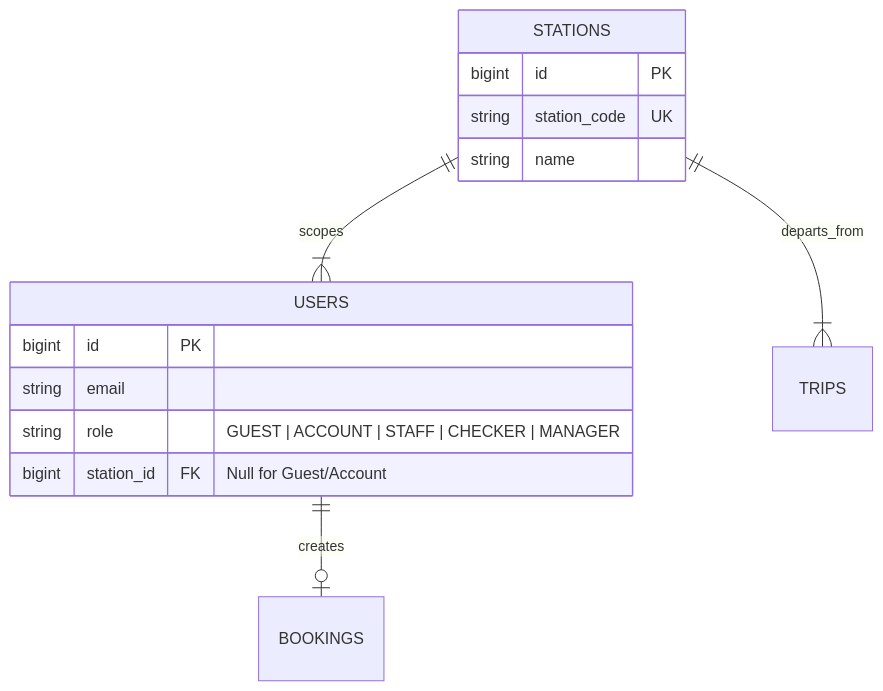
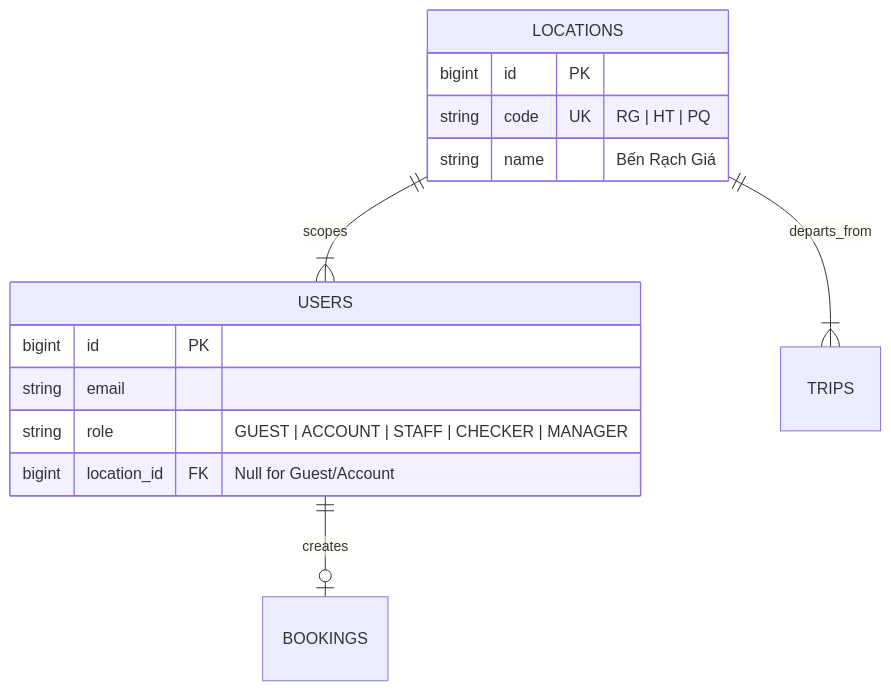
The second of 2 diagrams in content/docs/chuong-00-tong-quan-nghiep-vu-kien-truc/02-strategic-domain-va-bounded-contexts.mdx (tomone2kd000-ux/superdong-booking-system), drawn with Mermaid before and after one commit. The commit also changed other lines of this file and 1 other file, not shown here.

Commit message:
fix: replace STATIONS/station_id with official ERD table LOCATIONS/location_id

````diff
--- a/content/docs/chuong-00-tong-quan-nghiep-vu-kien-truc/02-strategic-domain-va-bounded-contexts.mdx
+++ b/content/docs/chuong-00-tong-quan-nghiep-vu-kien-truc/02-strategic-domain-va-bounded-contexts.mdx
@@ -87,19 +87,19 @@
 ```mermaid
 erDiagram
     USERS ||--o| BOOKINGS : creates
-    STATIONS ||--|{ USERS : scopes
-    STATIONS ||--|{ TRIPS : departs_from
+    LOCATIONS ||--|{ USERS : scopes
+    LOCATIONS ||--|{ TRIPS : departs_from
 
     USERS {
         bigint id PK
         string email
         string role "GUEST | ACCOUNT | STAFF | CHECKER | MANAGER"
-        bigint station_id FK "Null for Guest/Account"
+        bigint location_id FK "Null for Guest/Account"
     }
 
-    STATIONS {
+    LOCATIONS {
         bigint id PK
-        string station_code UK
-        string name
+        string code UK "RG | HT | PQ"
+        string name "Bến Rạch Giá"
     }
 ```
````
